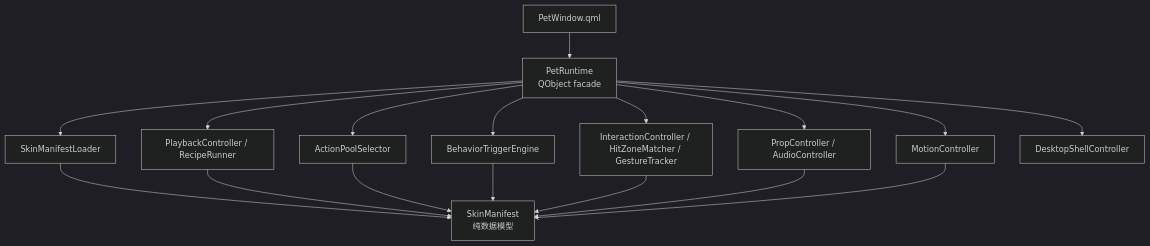
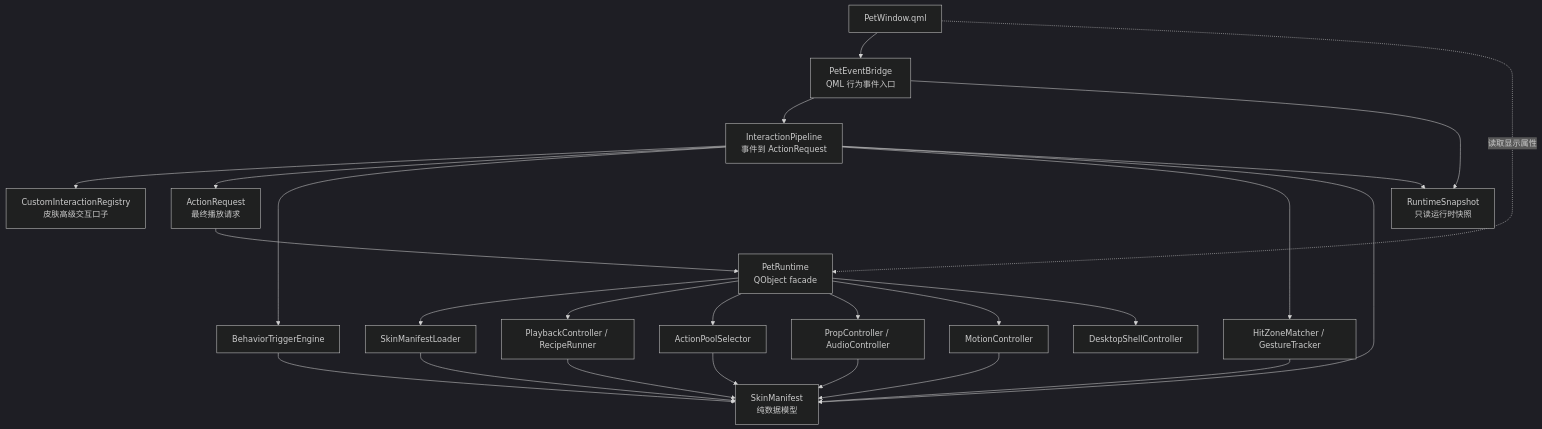
Before and after one commit to tiantian180/MilesEdgeworth: the first of 5 diagrams in docs/v2/设计方案/桌宠运行时职责拆分设计.md, drawn with Mermaid (dark theme). The commit also changed other lines of this file and 47 other files, not shown here.

Commit message:
refactor: add event action request pipeline

````diff
--- a/docs/v2/设计方案/桌宠运行时职责拆分设计.md
+++ b/docs/v2/设计方案/桌宠运行时职责拆分设计.md
@@ -99,31 +112,44 @@
 ```mermaid
 flowchart TD
     QML["PetWindow.qml"]
+    Bridge["PetEventBridge<br/>QML 行为事件入口"]
+    Pipeline["InteractionPipeline<br/>事件到 ActionRequest"]
+    Custom["CustomInteractionRegistry<br/>皮肤高级交互口子"]
+    Request["ActionRequest<br/>最终播放请求"]
+    Snapshot["RuntimeSnapshot<br/>只读运行时快照"]
     Runtime["PetRuntime<br/>QObject facade"]
     Manifest["SkinManifest<br/>纯数据模型"]
     Loader["SkinManifestLoader"]
     Playback["PlaybackController / RecipeRunner"]
     Selection["ActionPoolSelector"]
     Behavior["BehaviorTriggerEngine"]
-    Interaction["InteractionController / HitZoneMatcher / GestureTracker"]
+    Interaction["HitZoneMatcher / GestureTracker"]
     Effects["PropController / AudioController"]
     Motion["MotionController"]
     Shell["DesktopShellController"]
 
-    QML --> Runtime
+    QML --> Bridge
+    QML -.读取显示属性.-> Runtime
+    Bridge --> Pipeline
+    Bridge --> Snapshot
+    Pipeline --> Custom
+    Pipeline --> Request
+    Request --> Runtime
     Runtime --> Loader
     Loader --> Manifest
     Runtime --> Playback
     Runtime --> Selection
-    Runtime --> Behavior
-    Runtime --> Interaction
+    Pipeline --> Behavior
+    Pipeline --> Interaction
+    Pipeline --> Manifest
+    Pipeline --> Snapshot
     Runtime --> Effects
     Runtime --> Motion
     Playback --> Manifest
     Selection --> Manifest
     Behavior --> Manifest
     Interaction --> Manifest
     Effects --> Manifest
     Motion --> Manifest
     Runtime --> Shell
 ```
````
